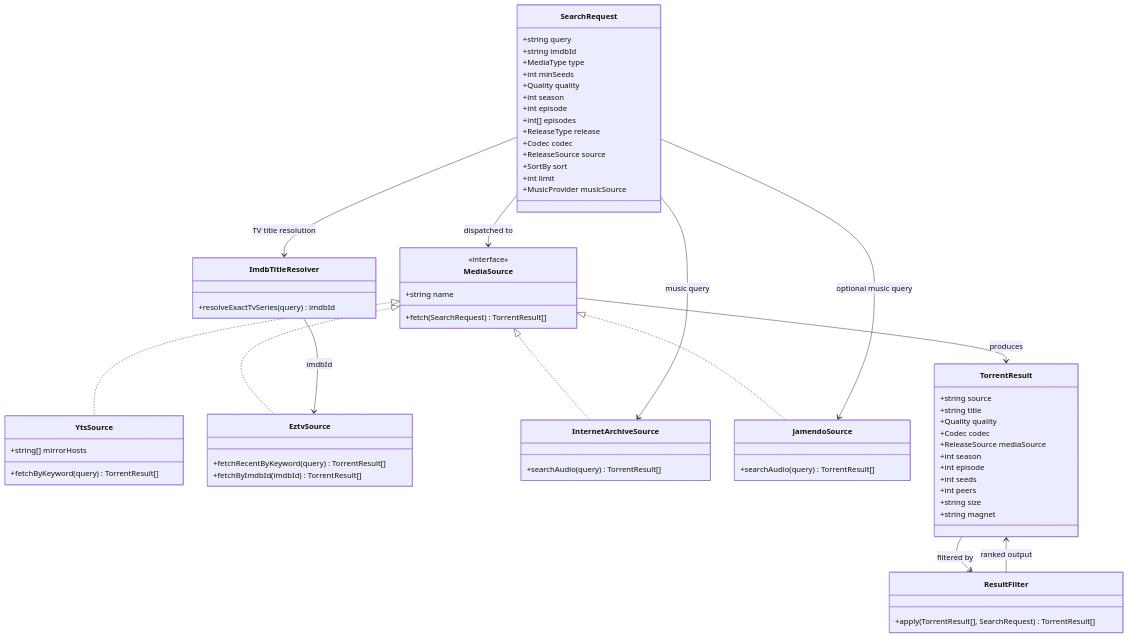
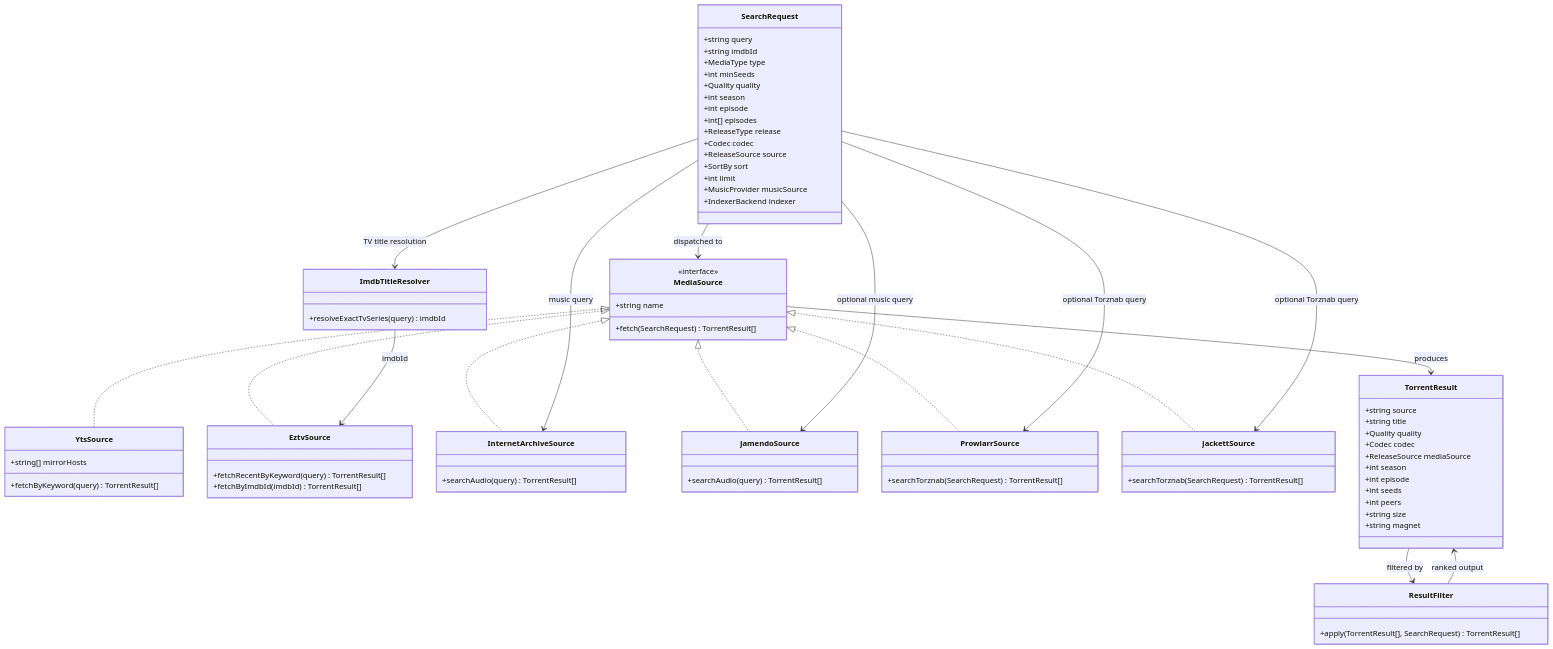
One commit to vincentikigai/hammer changed the first of 2 diagrams in torrent-finder/model/domain_model.md. Above: the diagram before and after it, drawn with Mermaid. The commit also changed other lines of this file and 5 other files, not shown here.

Commit message:
feat: add support for Prowlarr and Jackett as optional Torznab indexers in torrent search

```diff
--- a/torrent-finder/model/domain_model.md
+++ b/torrent-finder/model/domain_model.md
@@ -19,6 +19,7 @@
         +SortBy sort
         +int limit
         +MusicProvider musicSource
+        +IndexerBackend indexer
     }
 
     class MediaSource {
@@ -43,6 +44,14 @@
 
     class JamendoSource {
         +searchAudio(query) TorrentResult[]
+    }
+
+    class ProwlarrSource {
+        +searchTorznab(SearchRequest) TorrentResult[]
+    }
+
+    class JackettSource {
+        +searchTorznab(SearchRequest) TorrentResult[]
     }
 
     class ImdbTitleResolver {
@@ -71,9 +80,13 @@
     MediaSource <|.. EztvSource
     MediaSource <|.. InternetArchiveSource
     MediaSource <|.. JamendoSource
+    MediaSource <|.. ProwlarrSource
+    MediaSource <|.. JackettSource
     SearchRequest --> MediaSource : dispatched to
     SearchRequest --> InternetArchiveSource : music query
     SearchRequest --> JamendoSource : optional music query
+    SearchRequest --> ProwlarrSource : optional Torznab query
+    SearchRequest --> JackettSource : optional Torznab query
     SearchRequest --> ImdbTitleResolver : TV title resolution
     ImdbTitleResolver --> EztvSource : imdbId
     MediaSource --> TorrentResult : produces
```
